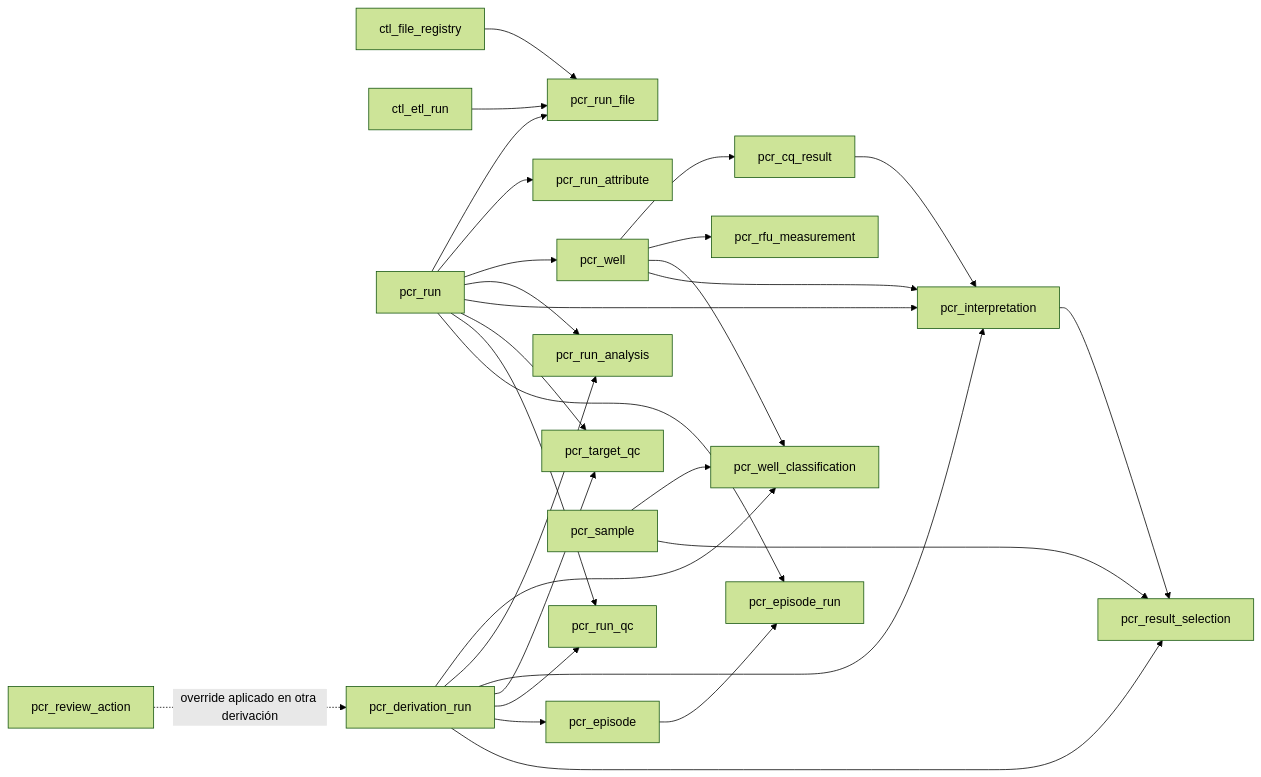
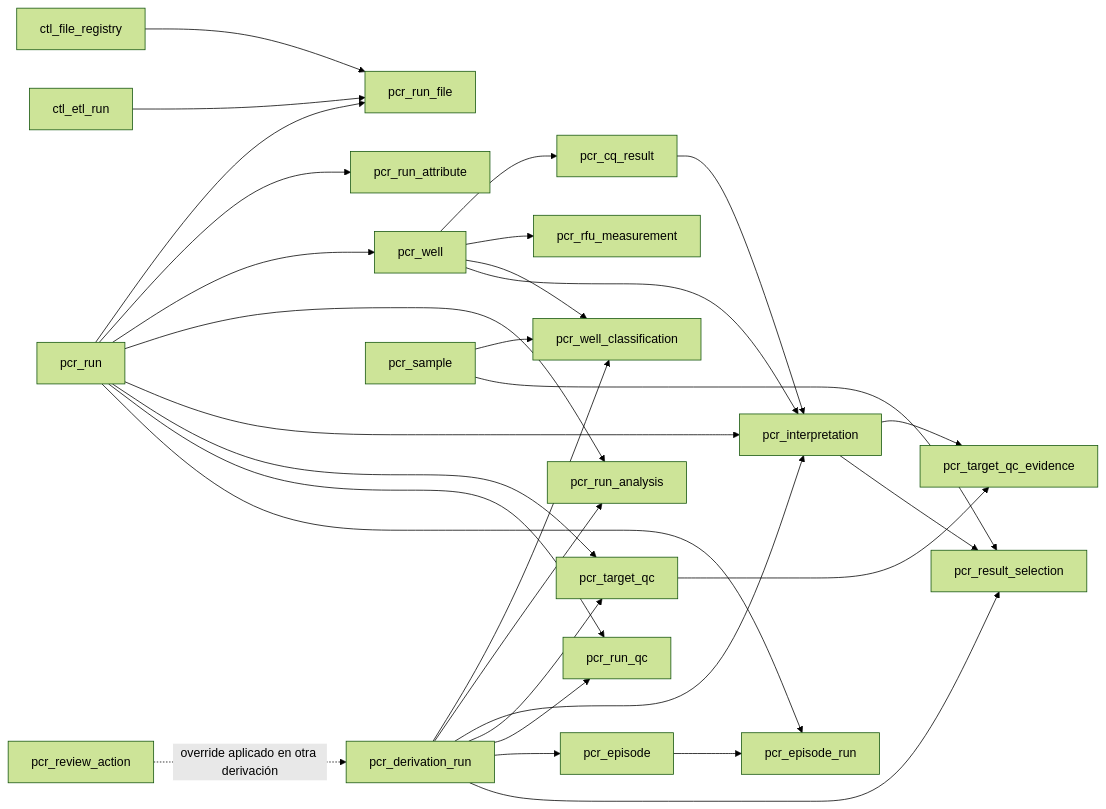
Before and after one commit to ibloise/fis_data: the diagram in docs/pcr-tables.md, drawn with Mermaid (forest theme). The commit also changed other lines of this file and 14 other files, not shown here.

````diff
--- a/docs/pcr-tables.md
+++ b/docs/pcr-tables.md
@@ -44,33 +44,35 @@
 ```mermaid
 flowchart LR
     F["ctl_file_registry"] --> RF["pcr_run_file"]
     E["ctl_etl_run"] --> RF
     R["pcr_run"] --> RF
     R --> A["pcr_run_attribute"]
     R --> W["pcr_well"]
     W --> CQ["pcr_cq_result"]
     W --> RFU["pcr_rfu_measurement"]
 
     D["pcr_derivation_run"] --> WC["pcr_well_classification"]
     D --> RA["pcr_run_analysis"]
     D --> I["pcr_interpretation"]
     D --> TQC["pcr_target_qc"]
+    TQC --> TQCE["pcr_target_qc_evidence"]
+    I --> TQCE
     D --> RQC["pcr_run_qc"]
     D --> EP["pcr_episode"]
     D --> RS["pcr_result_selection"]
 
     W --> WC
     S["pcr_sample"] --> WC
     R --> RA
     CQ --> I
     W --> I
     R --> I
     R --> TQC
     R --> RQC
     EP --> ER["pcr_episode_run"]
     R --> ER
     S --> RS
     I --> RS
 
     REV["pcr_review_action"] -. "override aplicado en otra derivación" .-> D
 ```
````
